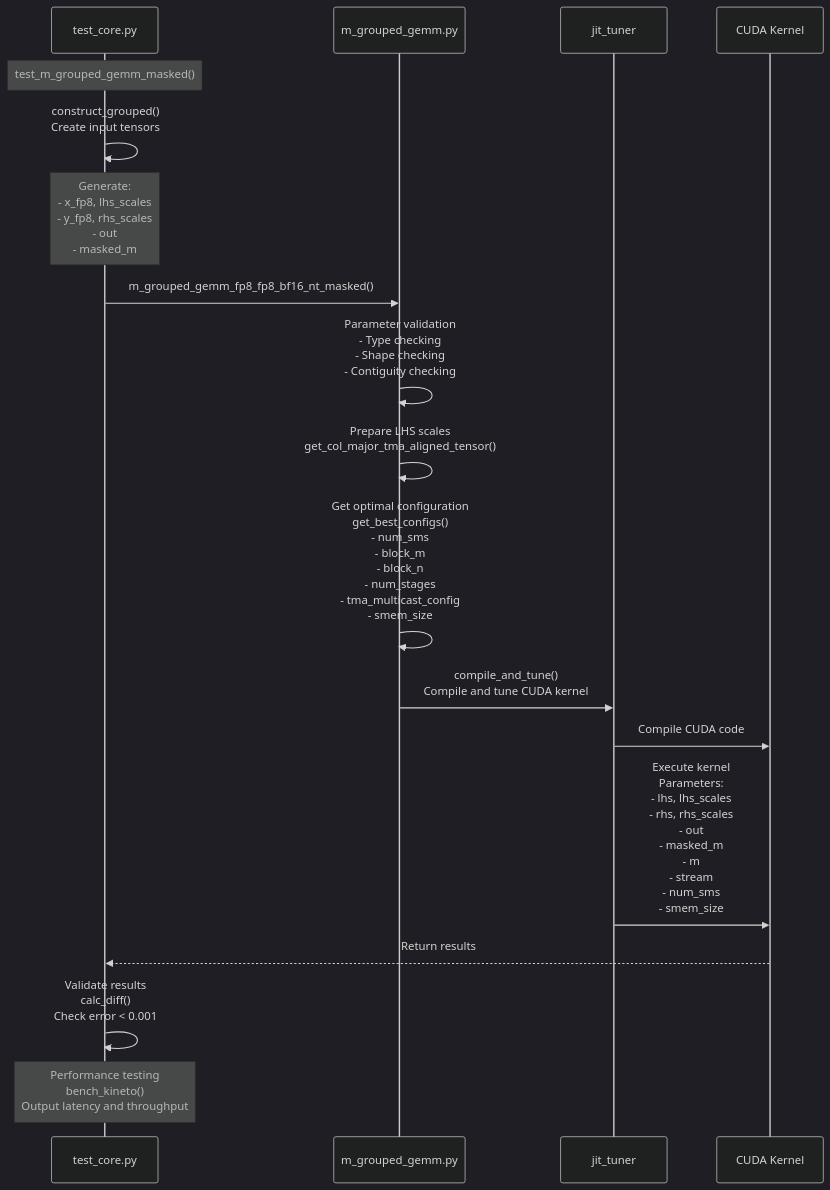
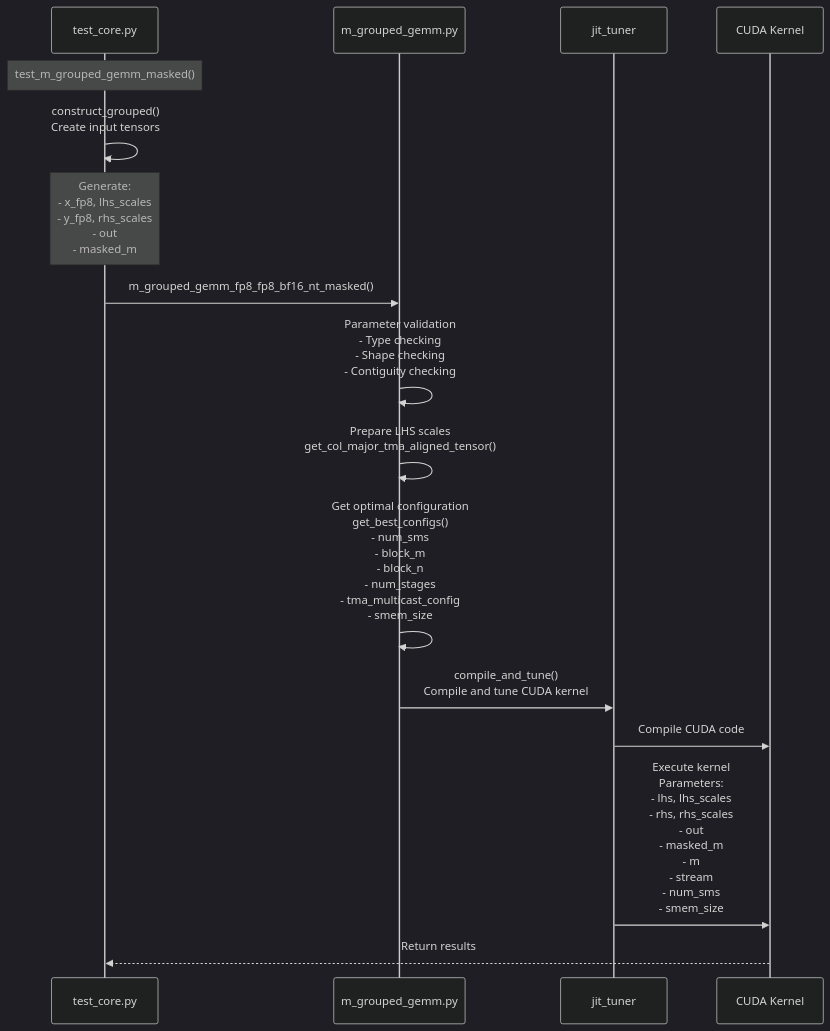
The diagram in groupgemm_masked.md (liz-badada/DeepGEMM), drawn with Mermaid (dark theme) before and after one commit.

````diff
--- a/groupgemm_masked.md
+++ b/groupgemm_masked.md
@@ -2,32 +2,28 @@
 ```mermaid
 sequenceDiagram
     participant Test as test_core.py
     participant GEMM as m_grouped_gemm.py
     participant JIT as jit_tuner
     participant CUDA as CUDA Kernel
 
     Note over Test: test_m_grouped_gemm_masked()
     
     Test->>Test: construct_grouped()<br/>Create input tensors
     Note over Test: Generate:<br/>- x_fp8, lhs_scales<br/>- y_fp8, rhs_scales<br/>- out<br/>- masked_m
     
     Test->>GEMM: m_grouped_gemm_fp8_fp8_bf16_nt_masked()
     
     GEMM->>GEMM: Parameter validation<br/>- Type checking<br/>- Shape checking<br/>- Contiguity checking
     
     GEMM->>GEMM: Prepare LHS scales<br/>get_col_major_tma_aligned_tensor()
     
     GEMM->>GEMM: Get optimal configuration<br/>get_best_configs()<br/>- num_sms<br/>- block_m<br/>- block_n<br/>- num_stages<br/>- tma_multicast_config<br/>- smem_size
     
     GEMM->>JIT: compile_and_tune()<br/>Compile and tune CUDA kernel
     
     JIT->>CUDA: Compile CUDA code
     
     JIT->>CUDA: Execute kernel<br/>Parameters:<br/>- lhs, lhs_scales<br/>- rhs, rhs_scales<br/>- out<br/>- masked_m<br/>- m<br/>- stream<br/>- num_sms<br/>- smem_size
     
     CUDA-->>Test: Return results
-    
-    Test->>Test: Validate results<br/>calc_diff()<br/>Check error < 0.001
-    
-    Note over Test: Performance testing<br/>bench_kineto()<br/>Output latency and throughput
 ```
````
